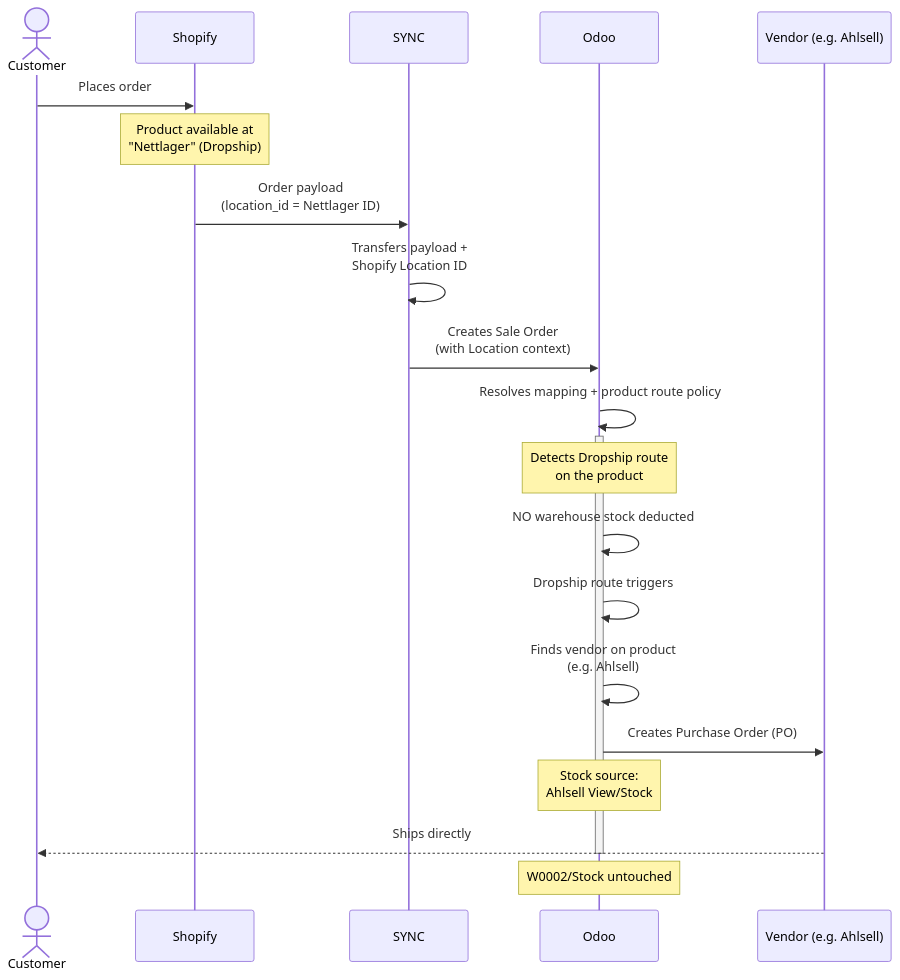
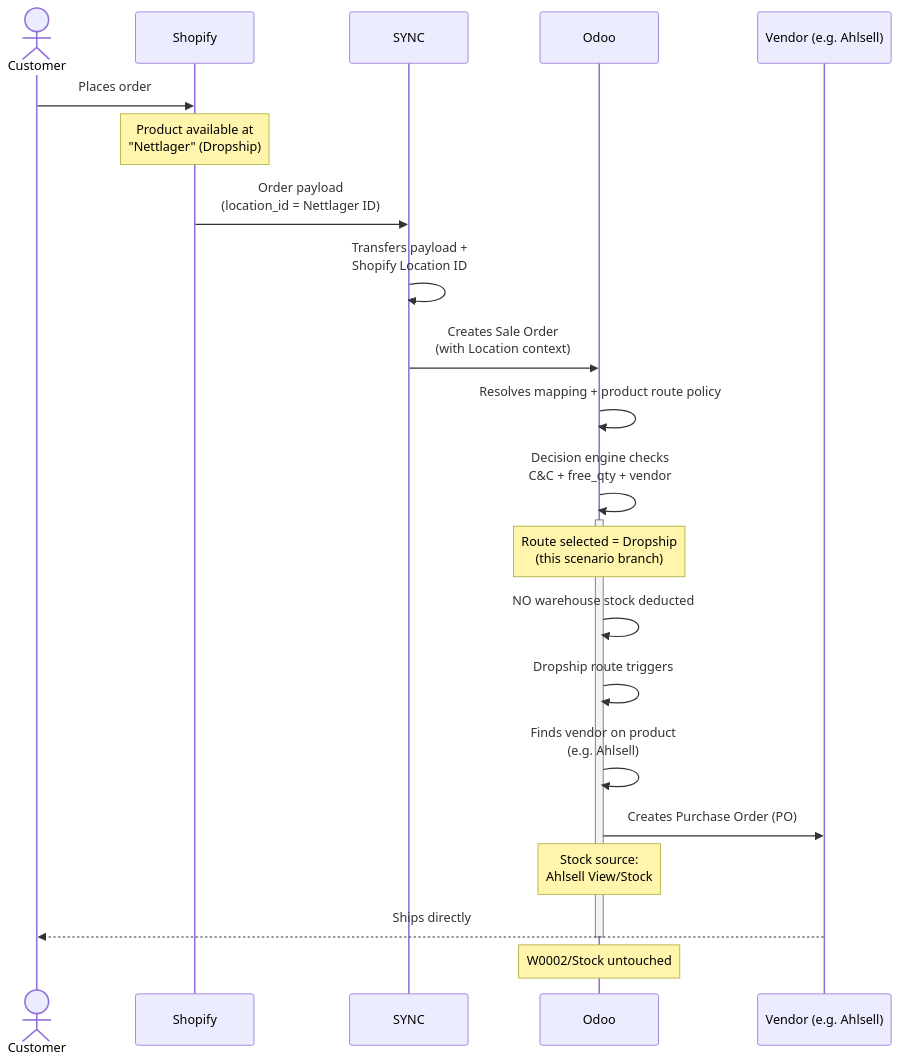
One commit to ozan-droid/documents changed the sixth of 16 diagrams in shopify-sync-odoo-scenarios.md. Above: the diagram before and after it, drawn with Mermaid. The commit also changed other lines of this file, not shown here.

````diff
--- a/shopify-sync-odoo-scenarios.md
+++ b/shopify-sync-odoo-scenarios.md
@@ -279,30 +279,31 @@
 ```mermaid
 sequenceDiagram
     actor Customer
     participant Shopify
     participant SYNC
     participant Odoo
     participant Vendor as Vendor (e.g. Ahlsell)
 
     Customer->>Shopify: Places order
     Note over Shopify: Product available at<br/>"Nettlager" (Dropship)
 
     Shopify->>SYNC: Order payload<br/>(location_id = Nettlager ID)
     SYNC->>SYNC: Transfers payload +<br/>Shopify Location ID
     SYNC->>Odoo: Creates Sale Order<br/>(with Location context)
     Odoo->>Odoo: Resolves mapping + product route policy
+    Odoo->>Odoo: Decision engine checks<br/>C&C + free_qty + vendor
 
     activate Odoo
-    Note over Odoo: Detects Dropship route<br/>on the product
+    Note over Odoo: Route selected = Dropship<br/>(this scenario branch)
 
     Odoo->>Odoo: NO warehouse stock deducted
     Odoo->>Odoo: Dropship route triggers
     Odoo->>Odoo: Finds vendor on product<br/>(e.g. Ahlsell)
     Odoo->>Vendor: Creates Purchase Order (PO)
     Note over Odoo: Stock source:<br/>Ahlsell View/Stock
 
     Vendor-->>Customer: Ships directly
     deactivate Odoo
 
     Note over Odoo: W0002/Stock untouched
 ```
````
